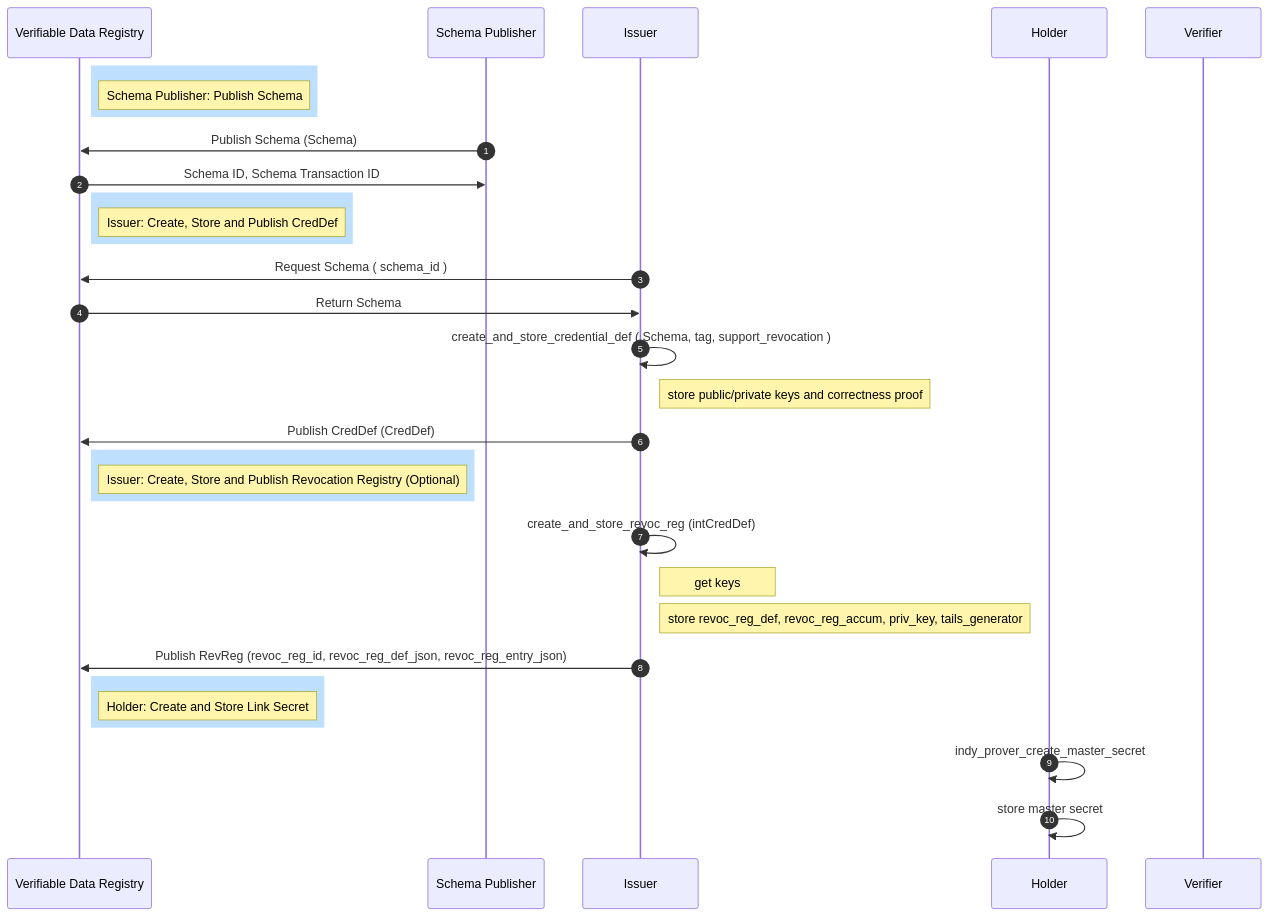
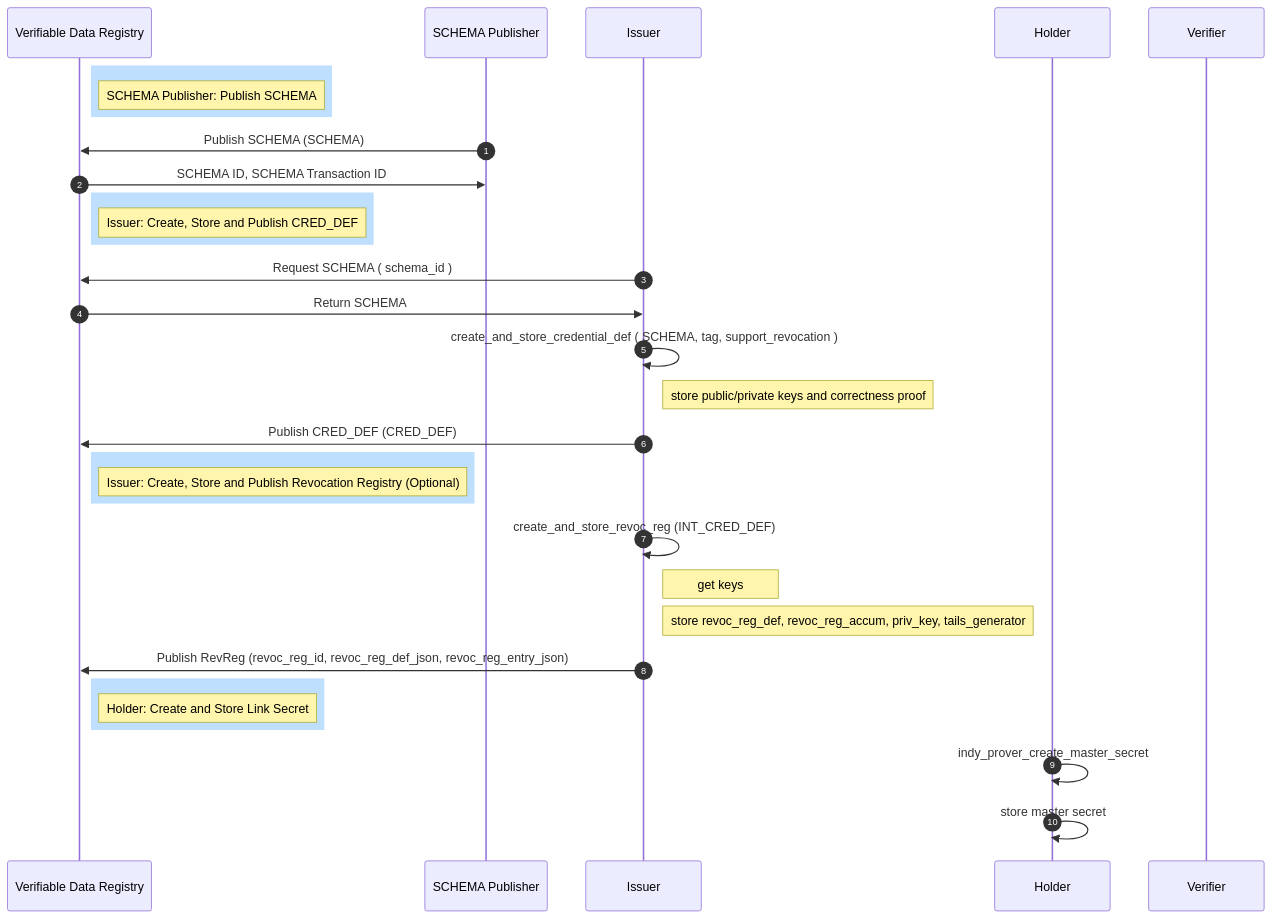
One commit to hyperledger/anoncreds-spec changed the diagram in spec/data_flow_setup.md. Above: the diagram before and after it, drawn with Mermaid. The commit also changed other lines of this file, not shown here.

````diff
--- a/spec/data_flow_setup.md
+++ b/spec/data_flow_setup.md
@@ -17,38 +17,38 @@
 ```mermaid
 sequenceDiagram
     autonumber
     participant L as Verifiable Data Registry
-    participant SC as Schema Publisher
+    participant SC as SCHEMA Publisher
     participant I as Issuer
     participant H as Holder
     participant V as Verifier
 
     rect rgb(191, 223, 255)
-        Note right of L: Schema Publisher: Publish Schema
+        Note right of L: SCHEMA Publisher: Publish SCHEMA
     end
-    SC ->> L: Publish Schema (Schema)
-    L ->> SC: Schema ID, Schema Transaction ID
+    SC ->> L: Publish SCHEMA (SCHEMA)
+    L ->> SC: SCHEMA ID, SCHEMA Transaction ID
 
     rect rgb(191, 223, 255)
-        Note right of L: Issuer: Create, Store and Publish CredDef
+        Note right of L: Issuer: Create, Store and Publish CRED_DEF
     end
-    I ->> L: Request Schema ( schema_id )
-    L ->> I: Return Schema
-    I ->> I: create_and_store_credential_def ( Schema, tag, support_revocation )
+    I ->> L: Request SCHEMA ( schema_id )
+    L ->> I: Return SCHEMA
+    I ->> I: create_and_store_credential_def ( SCHEMA, tag, support_revocation )
     Note right of I: store public/private keys and correctness proof
-    I ->> L: Publish CredDef (CredDef)
+    I ->> L: Publish CRED_DEF (CRED_DEF)
 
     rect rgb(191, 223, 255)
         Note right of L: Issuer: Create, Store and Publish Revocation Registry (Optional)
     end
-    I ->> I: create_and_store_revoc_reg (intCredDef)
+    I ->> I: create_and_store_revoc_reg (INT_CRED_DEF)
     Note right of I: get keys
     Note right of I: store revoc_reg_def, revoc_reg_accum, priv_key, tails_generator
     I ->> L: Publish RevReg (revoc_reg_id, revoc_reg_def_json, revoc_reg_entry_json)
     
     rect rgb(191, 223, 255)
         Note right of L: Holder: Create and Store Link Secret
     end
     H ->> H: indy_prover_create_master_secret
     H ->> H: store master secret
 ```
````
